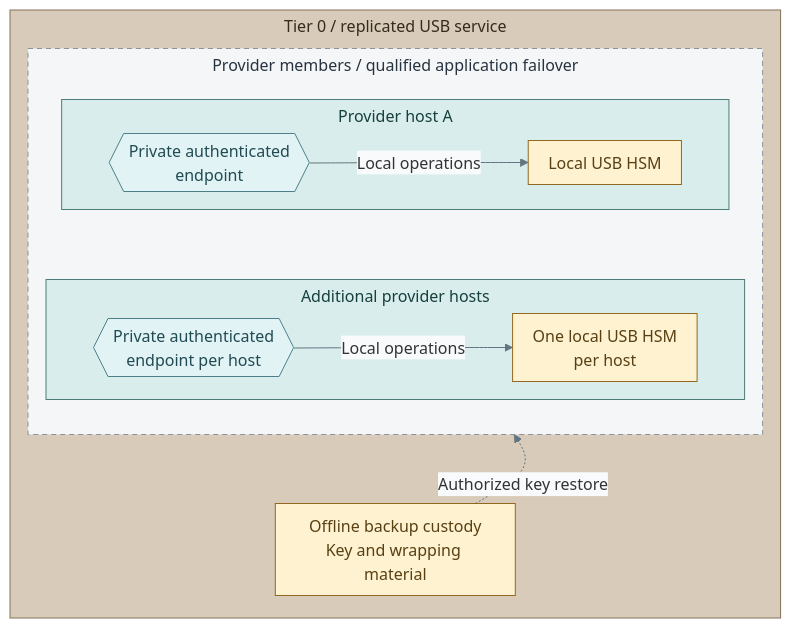
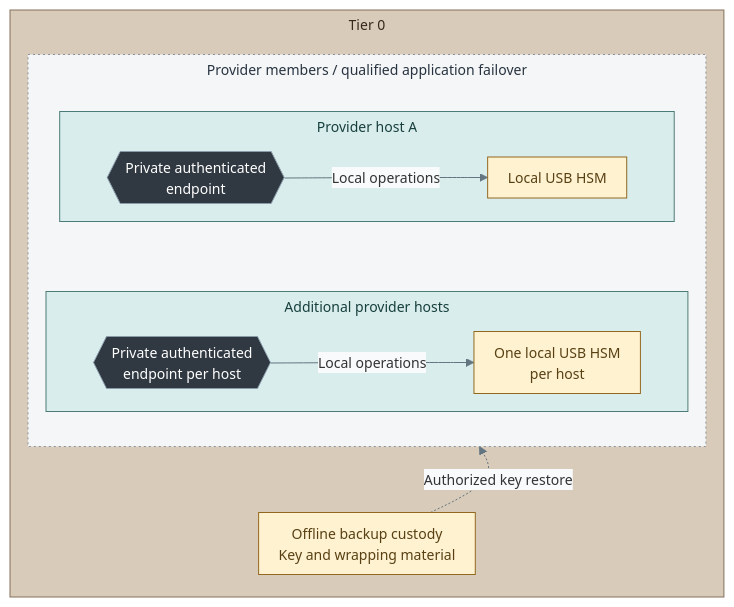
One commit to Rexus/homelab changed the third of 4 diagrams in docs/01-architecture/08-cryptography/03-hsm-selection.md. Above: the diagram before and after it, drawn with Mermaid. The commit also changed other lines of this file and 124 other files, not shown here.

First line of the commit message:
fix(platform): align service diagrams and directory failover

````diff
--- a/docs/01-architecture/08-cryptography/03-hsm-selection.md
+++ b/docs/01-architecture/08-cryptography/03-hsm-selection.md
@@ -103,37 +103,37 @@
 ```mermaid
-%%{init: {"theme":"base","flowchart":{"nodeSpacing":16,"rankSpacing":20,"padding":10,"subGraphTitleMargin":{"top":4,"bottom":12}},"themeVariables":{"lineColor":"#627581","edgeLabelBackground":"#f8fafc"}}}%%
+%%{init: {"theme":"base","flowchart":{"nodeSpacing":16,"rankSpacing":20,"padding":10,"subGraphTitleMargin":{"top":4,"bottom":18}},"themeVariables":{"lineColor":"#627581","edgeLabelBackground":"#f8fafc","fontFamily":"Arial, sans-serif","fontSize":"14px"},"fontFamily":"Arial, sans-serif"}}%%
 flowchart TB
-  subgraph T0["Tier 0 / replicated USB service"]
+  subgraph T0["Tier 0"]
     direction TB
     subgraph Providers["Provider members / qualified application failover"]
       direction TB
       subgraph HostA["Provider host A"]
         direction LR
         GatewayA{{"Private authenticated<br/>endpoint"}}
         TokenA["Local USB HSM"]
         GatewayA -->|Local operations| TokenA
       end
       subgraph HostB["Additional provider hosts"]
         direction LR
         GatewayB{{"Private authenticated<br/>endpoint per host"}}
         TokenB["One local USB HSM<br/>per host"]
         GatewayB -->|Local operations| TokenB
       end
       HostA ~~~ HostB
     end
     Recovery["Offline backup custody<br/>Key and wrapping material"]
     Providers ~~~ Recovery
     Recovery -. Authorized key restore .-> Providers
   end
   classDef default fill:#f8fafc,stroke:#64748b,color:#1f2937
   classDef tier0 fill:#d8cbb9,stroke:#83715a,color:#352a1e
   classDef runtime fill:#d9eeec,stroke:#4d7b77,color:#173f3e
-  classDef replicas fill:#f5f6f7,stroke:#89939e,color:#273340,stroke-dasharray:5 4
-  classDef traffic fill:#e1f3f5,stroke:#4c7f88,color:#214a52
+  classDef replicas fill:#f5f6f7,stroke:#89939e,color:#273340,stroke-dasharray:2 3
+  classDef traffic fill:#303841,stroke:#8a9baa,color:#ffffff
   classDef custody fill:#fff2d1,stroke:#926820,color:#584013
   class T0 tier0
   class Providers replicas
   class HostA,HostB runtime
   class GatewayA,GatewayB traffic
   class TokenA,TokenB,Recovery custody
 ```
````
